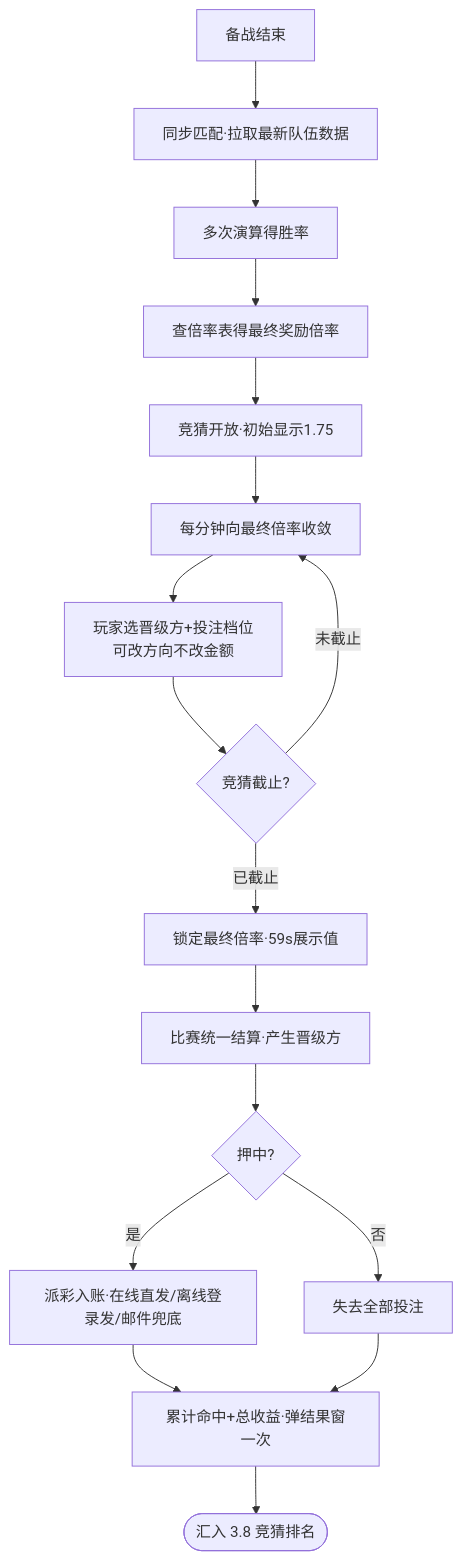
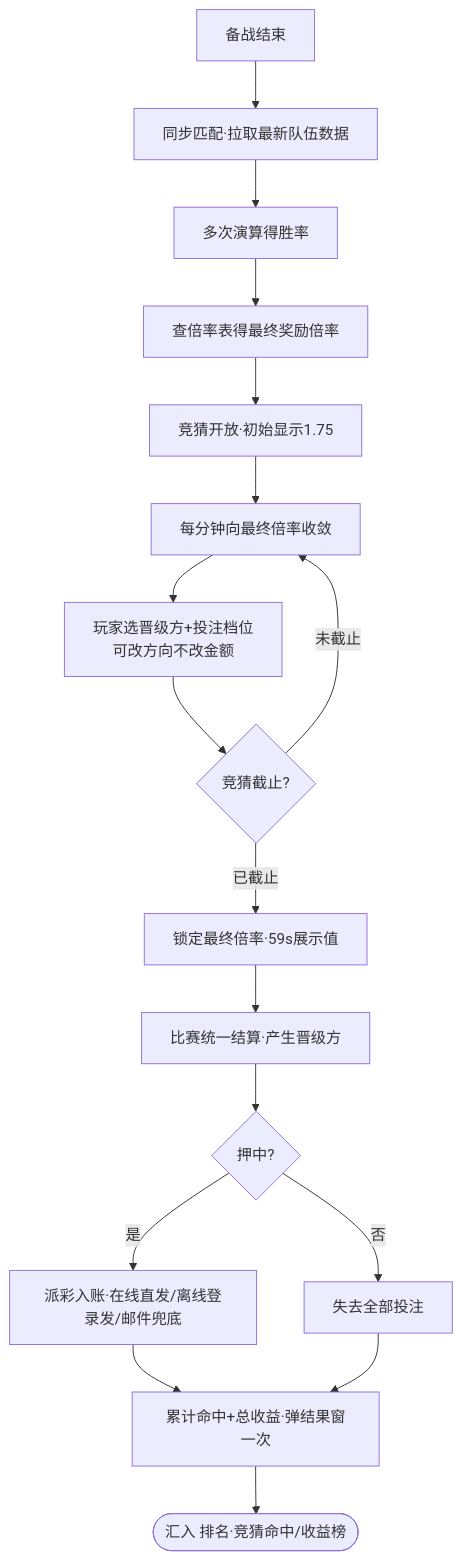
The eighth of 8 diagrams in output/2026世界杯主题活动.md (RehearsalTap4Fun/MindToDoc), drawn with Mermaid before and after one commit. The commit also changed other lines of this file and 4 other files, not shown here.

````diff
--- a/output/2026世界杯主题活动.md
+++ b/output/2026世界杯主题活动.md
@@ -563,19 +510,19 @@
 ```mermaid
 flowchart TD
     A[备战结束] --> B[同步匹配·拉取最新队伍数据]
     B --> C[多次演算得胜率]
     C --> D[查倍率表得最终奖励倍率]
     D --> E[竞猜开放·初始显示1.75]
     E --> F[每分钟向最终倍率收敛]
     F --> G[玩家选晋级方+投注档位<br/>可改方向不改金额]
     G --> H{竞猜截止?}
     H -->|未截止| F
     H -->|已截止| I[锁定最终倍率·59s展示值]
     I --> J[比赛统一结算·产生晋级方]
     J --> K{押中?}
     K -->|是| L[派彩入账·在线直发/离线登录发/邮件兜底]
     K -->|否| M[失去全部投注]
     L --> N[累计命中+总收益·弹结果窗一次]
     M --> N
-    N --> O([汇入 3.8 竞猜排名])
+    N --> O([汇入 排名·竞猜命中/收益榜])
 ```
````
